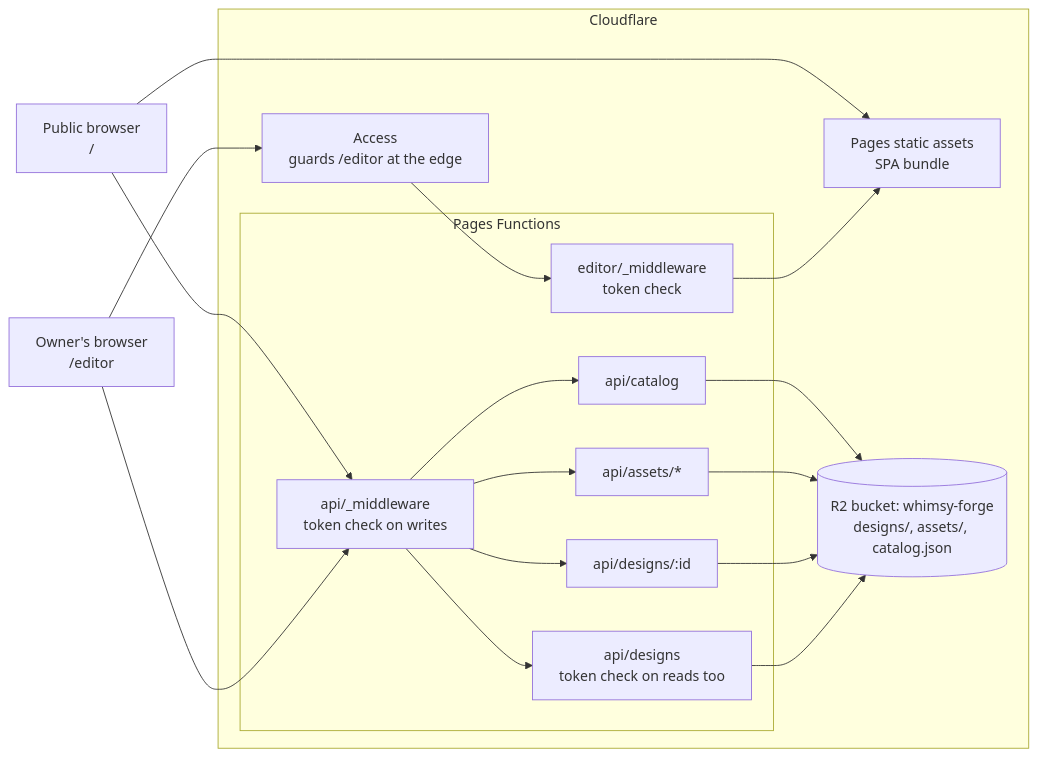
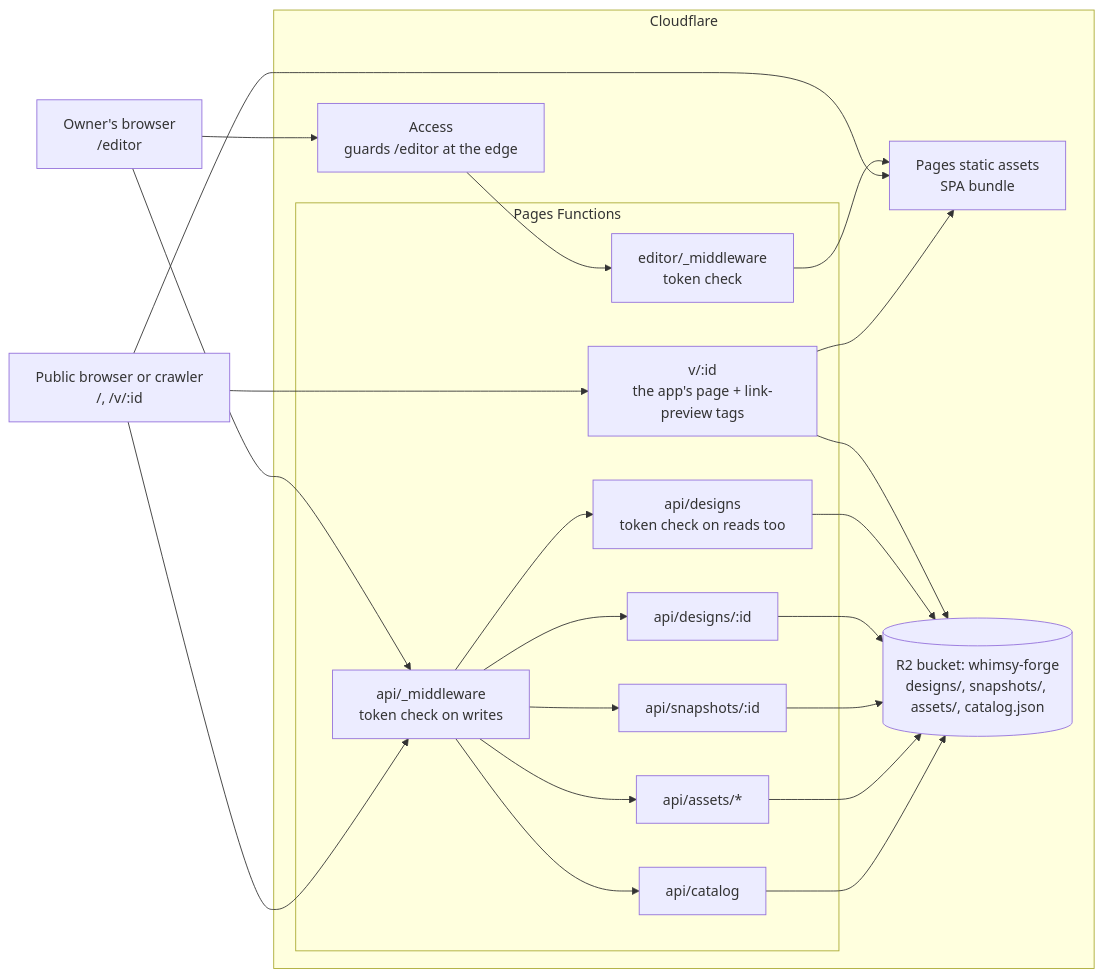
The first of 7 diagrams in docs/SYSTEM_DESIGN.md (davidopluslau/whimsy-forge), drawn with Mermaid before and after one commit. The commit also changed other lines of this file and 31 other files, not shown here.

First line of the commit message:
M6: Sharing - snapshots, read-only viewer, image export, link previews (#11)

````diff
--- a/docs/SYSTEM_DESIGN.md
+++ b/docs/SYSTEM_DESIGN.md
@@ -43,28 +43,33 @@
 ```mermaid
 flowchart LR
     owner["Owner's browser<br/>/editor"]
-    public["Public browser<br/>/"]
+    public["Public browser or crawler<br/>/, /v/:id"]
 
     subgraph cf["Cloudflare"]
         access["Access<br/>guards /editor at the edge"]
         pages["Pages static assets<br/>SPA bundle"]
         subgraph fn["Pages Functions"]
             editorGuard["editor/_middleware<br/>token check"]
             apiGuard["api/_middleware<br/>token check on writes"]
             designList["api/designs<br/>token check on reads too"]
             designs["api/designs/:id"]
+            snapshots["api/snapshots/:id"]
             assets["api/assets/*"]
             catalog["api/catalog"]
+            sharePage["v/:id<br/>the app's page + link-preview tags"]
         end
-        r2[("R2 bucket: whimsy-forge<br/>designs/, assets/, catalog.json")]
+        r2[("R2 bucket: whimsy-forge<br/>designs/, snapshots/, assets/, catalog.json")]
     end
 
     owner --> access --> editorGuard --> pages
     public --> pages
+    public --> sharePage --> pages
+    sharePage --> r2
     owner --> apiGuard
     public --> apiGuard
     apiGuard --> designList --> r2
     apiGuard --> designs --> r2
+    apiGuard --> snapshots --> r2
     apiGuard --> assets --> r2
     apiGuard --> catalog --> r2
 ```
````
